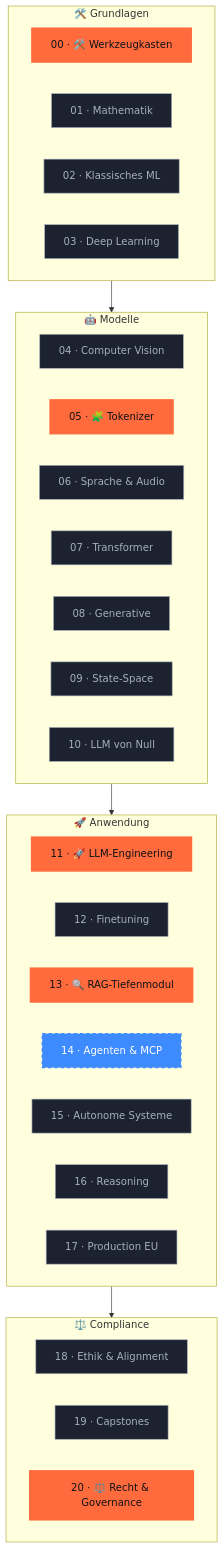
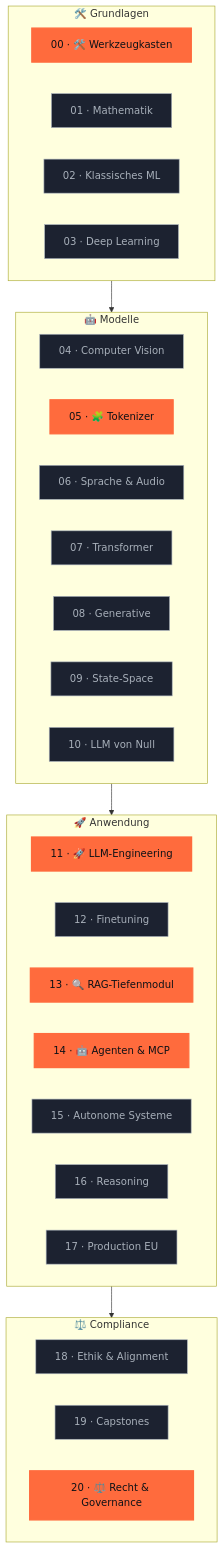
Before and after one commit to s-a-s-k-i-a/ki-engineering-werkstatt: the second of 3 diagrams in README.md, drawn with Mermaid. The commit also changed other lines of this file and 17 other files, not shown here.

First line of the commit message:
feat(phase-14): voll ausgearbeitetes Agenten-und-MCP-Modul

````diff
--- a/README.md
+++ b/README.md
@@ -242,45 +242,45 @@
 ```mermaid
 flowchart TB
   subgraph G[" 🛠️ Grundlagen "]
     direction LR
     P00[00 · 🛠️ Werkzeugkasten]:::done
     P01[01 · Mathematik]:::planned
     P02[02 · Klassisches ML]:::planned
     P03[03 · Deep Learning]:::planned
   end
 
   subgraph M[" 🤖 Modelle "]
     direction LR
     P04[04 · Computer Vision]:::planned
     P05[05 · 🧩 Tokenizer]:::done
     P06[06 · Sprache & Audio]:::planned
     P07[07 · Transformer]:::planned
     P08[08 · Generative]:::planned
     P09[09 · State-Space]:::planned
     P10[10 · LLM von Null]:::planned
   end
 
   subgraph A[" 🚀 Anwendung "]
     direction LR
     P11[11 · 🚀 LLM-Engineering]:::done
     P12[12 · Finetuning]:::planned
     P13[13 · 🔍 RAG-Tiefenmodul]:::done
-    P14[14 · Agenten & MCP]:::wip
+    P14[14 · 🤖 Agenten & MCP]:::done
     P15[15 · Autonome Systeme]:::planned
     P16[16 · Reasoning]:::planned
     P17[17 · Production EU]:::planned
   end
 
   subgraph C[" ⚖️ Compliance "]
     direction LR
     P18[18 · Ethik & Alignment]:::planned
     P19[19 · Capstones]:::planned
     P20[20 · ⚖️ Recht & Governance]:::done
   end
 
   G --> M --> A --> C
 
   classDef done fill:#FF6B3D,color:#0E1116,stroke:#FF6B3D,stroke-width:2px
   classDef wip fill:#3D8BFF,color:#FFF,stroke:#3D8BFF,stroke-width:2px,stroke-dasharray:5
   classDef planned fill:#1c2230,color:#A8B0BA,stroke:#A8B0BA,stroke-width:1px
 ```
````
